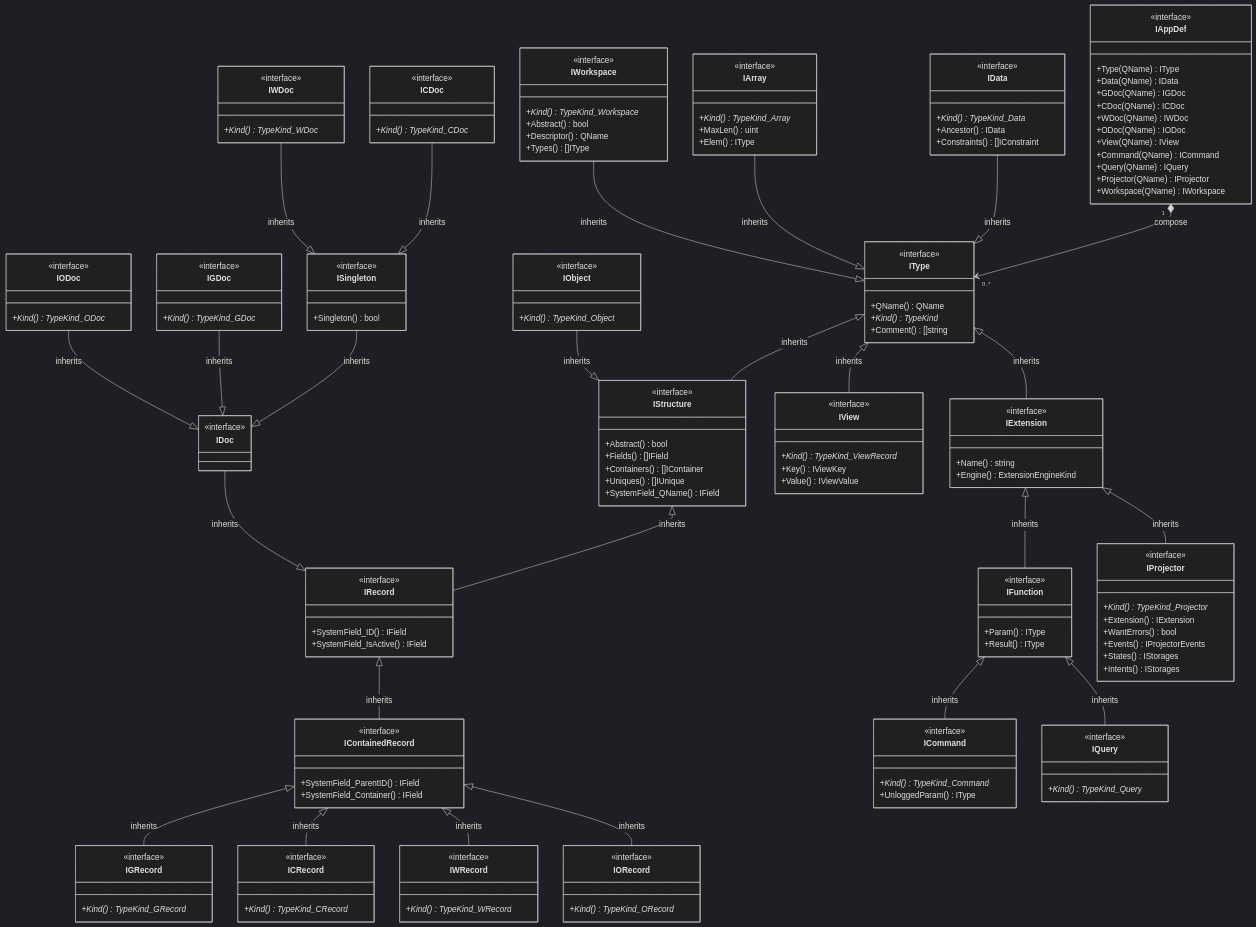
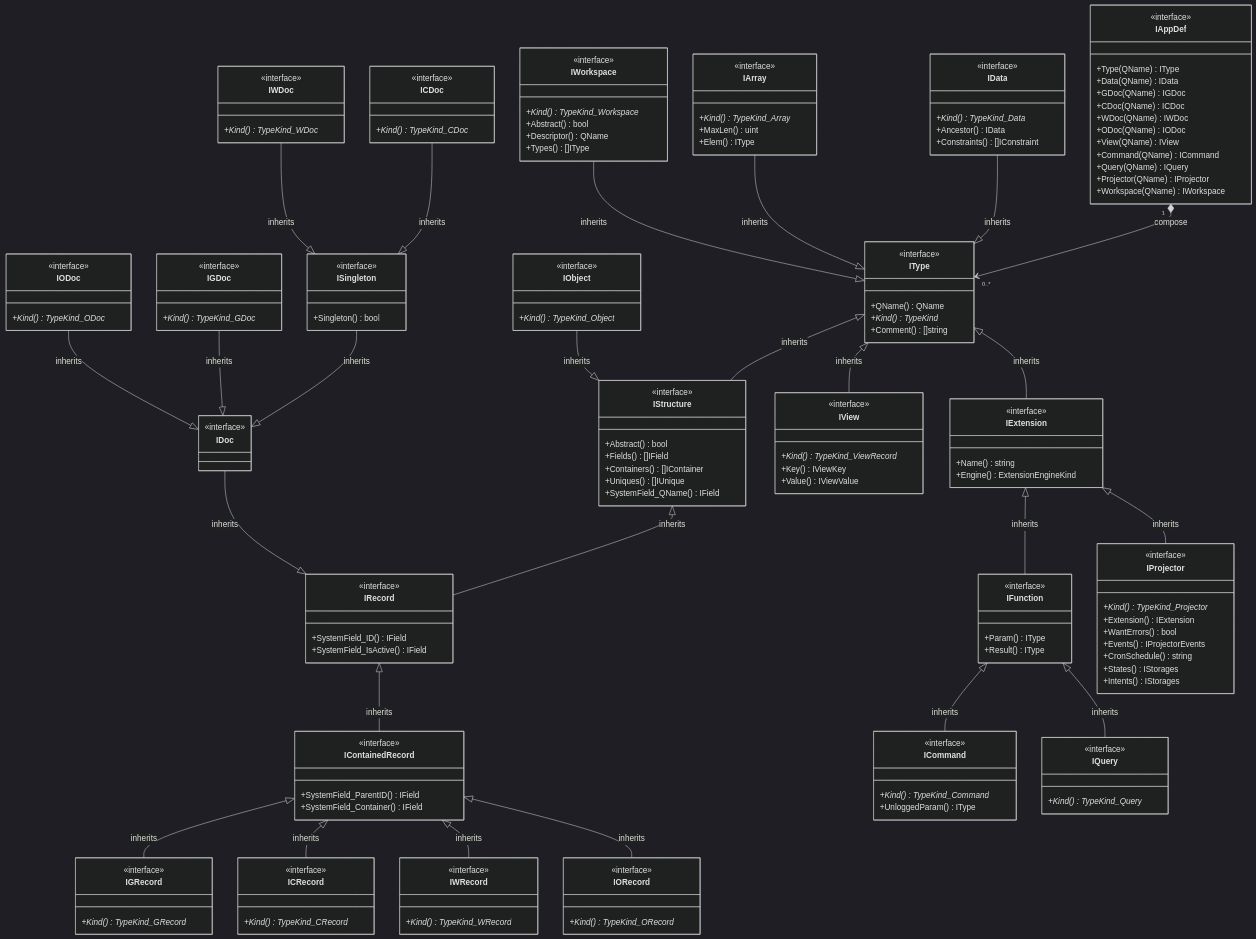
One commit to voedger/voedger changed the first of 7 diagrams in pkg/appdef/README.md. Above: the diagram before and after it, drawn with Mermaid (dark theme). The commit also changed other lines of this file, not shown here.

Commit message:
+IProjector.CronSchedule

```diff
--- a/pkg/appdef/README.md
+++ b/pkg/appdef/README.md
@@ -178,6 +178,7 @@
         +Extension() IExtension
         +WantErrors() bool
         +Events() IProjectorEvents
+        +CronSchedule() string
         +States() IStorages
         +Intents() IStorages
     }
```
